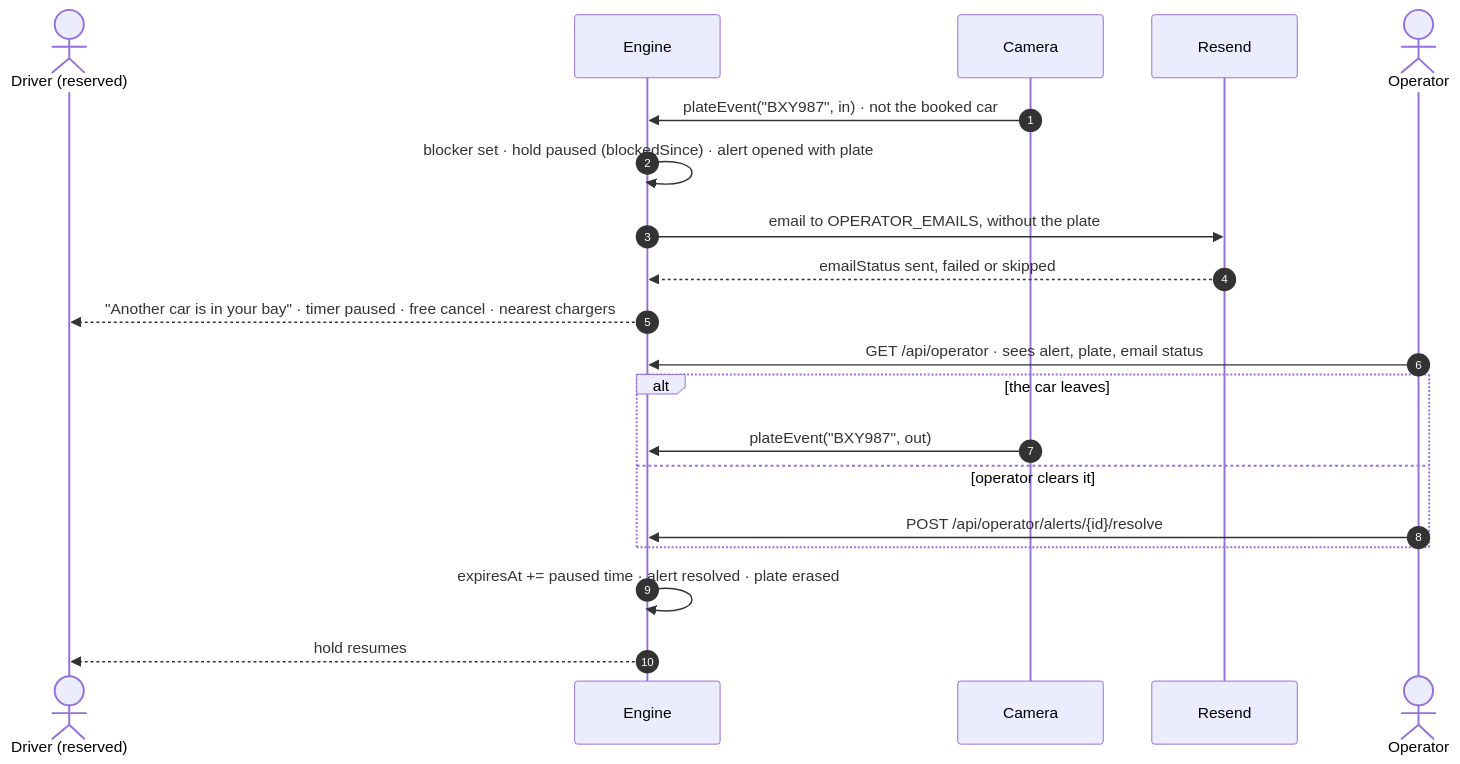
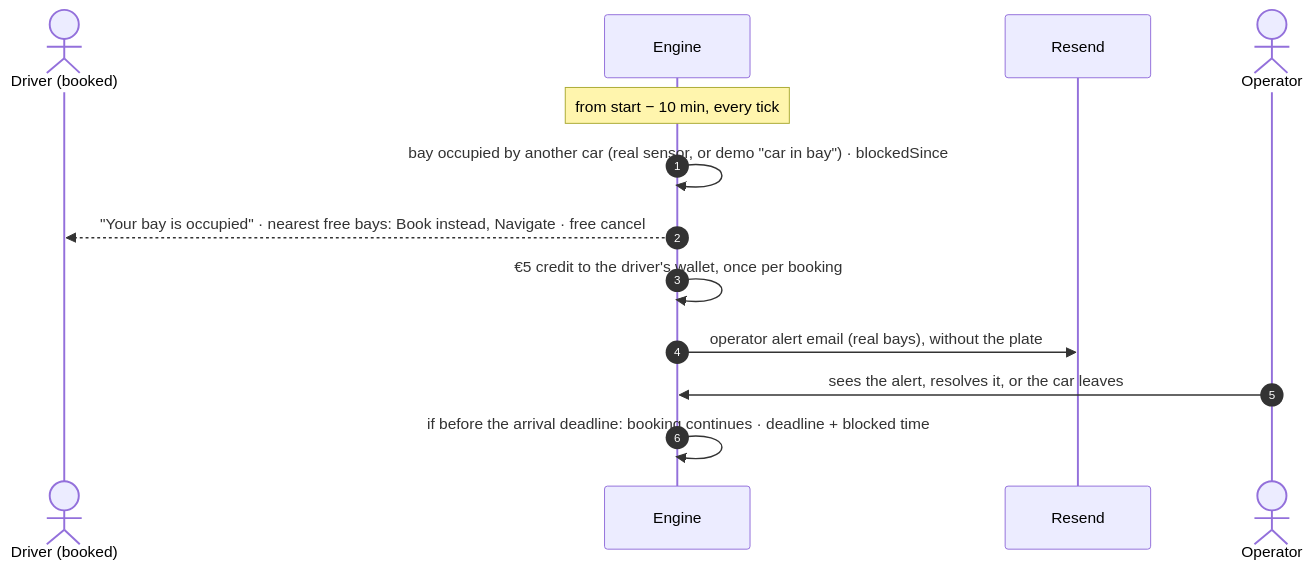
One commit to mohamedaminehamdi/BayWatch changed the third of 6 diagrams in docs/data-flows.md. Above: the diagram before and after it, drawn with Mermaid. The commit also changed other lines of this file and 62 other files, not shown here.

````diff
--- a/docs/data-flows.md
+++ b/docs/data-flows.md
@@ -81,22 +63,15 @@
 ```mermaid
 sequenceDiagram
   autonumber
-  actor D as Driver (reserved)
+  actor D as Driver (booked)
   participant E as Engine
-  participant CAM as Camera
   participant M as Resend
   actor O as Operator
-  CAM->>E: plateEvent("BXY987", in) · not the booked car
-  E->>E: blocker set · hold paused (blockedSince) · alert opened with plate
-  E->>M: email to OPERATOR_EMAILS, without the plate
-  M-->>E: emailStatus sent, failed or skipped
-  E-->>D: "Another car is in your bay" · timer paused · free cancel · nearest chargers
-  O->>E: GET /api/operator · sees alert, plate, email status
-  alt the car leaves
-    CAM->>E: plateEvent("BXY987", out)
-  else operator clears it
-    O->>E: POST /api/operator/alerts/{id}/resolve
-  end
-  E->>E: expiresAt += paused time · alert resolved · plate erased
-  E-->>D: hold resumes
+  Note over E: from start − 10 min, every tick
+  E->>E: bay occupied by another car (real sensor, or demo "car in bay") · blockedSince
+  E-->>D: "Your bay is occupied" · nearest free bays: Book instead, Navigate · free cancel
+  E->>E: €5 credit to the driver's wallet, once per booking
+  E->>M: operator alert email (real bays), without the plate
+  O->>E: sees the alert, resolves it, or the car leaves
+  E->>E: if before the arrival deadline: booking continues · deadline + blocked time
 ```
````
